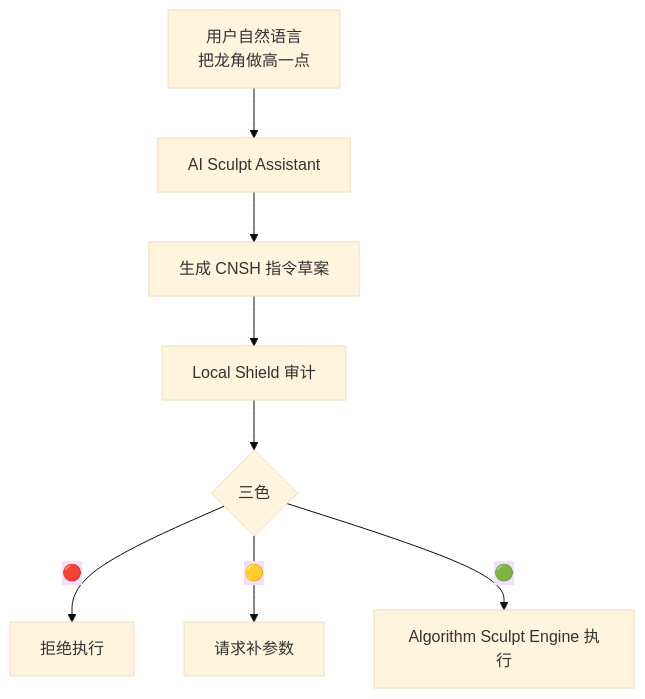
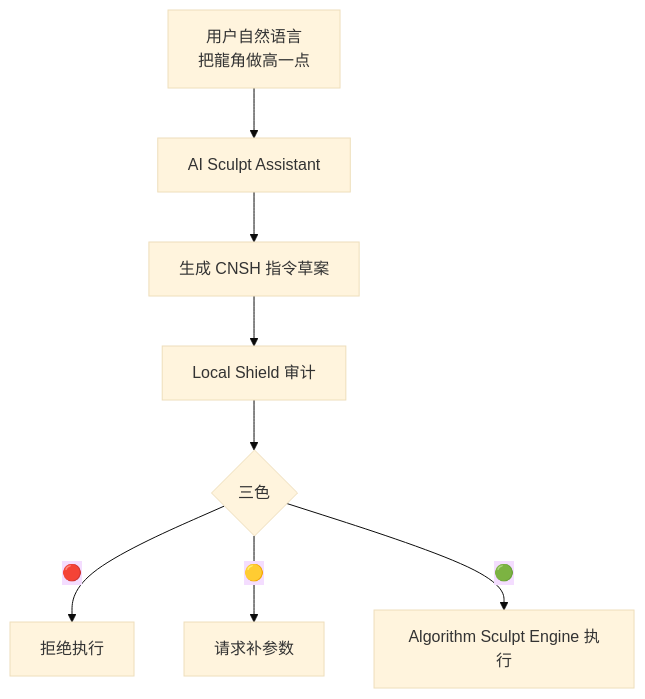
Before and after one commit to UID9622/longhun-system: the fourth of 5 diagrams in 12_DOCS/notion_mirror/CNSH_Algorithm_Runtime_算法建模接口层工程规格书_v1_1_c4082ed1122b41b08033c6ba11f427d1.md, drawn with Mermaid (base theme). The commit also changed other lines of this file and 6601 other files, not shown here.

````diff
--- a/12_DOCS/notion_mirror/CNSH_Algorithm_Runtime_算法建模接口层工程规格书_v1_1_c4082ed1122b41b08033c6ba11f427d1.md
+++ b/12_DOCS/notion_mirror/CNSH_Algorithm_Runtime_算法建模接口层工程规格书_v1_1_c4082ed1122b41b08033c6ba11f427d1.md
@@ -380,10 +380,10 @@
 ```mermaid
 flowchart TD
-    A["用户自然语言<br>把龙角做高一点"] --> B["AI Sculpt Assistant"]
+    A["用户自然语言<br>把龍角做高一点"] --> B["AI Sculpt Assistant"]
     B --> C["生成 CNSH 指令草案"]
     C --> D["Local Shield 审计"]
     D --> E{"三色"}
     E -->|"🔴"| F["拒绝执行"]
     E -->|"🟡"| G["请求补参数"]
     E -->|"🟢"| H["Algorithm Sculpt Engine 执行"]
 ```
````
